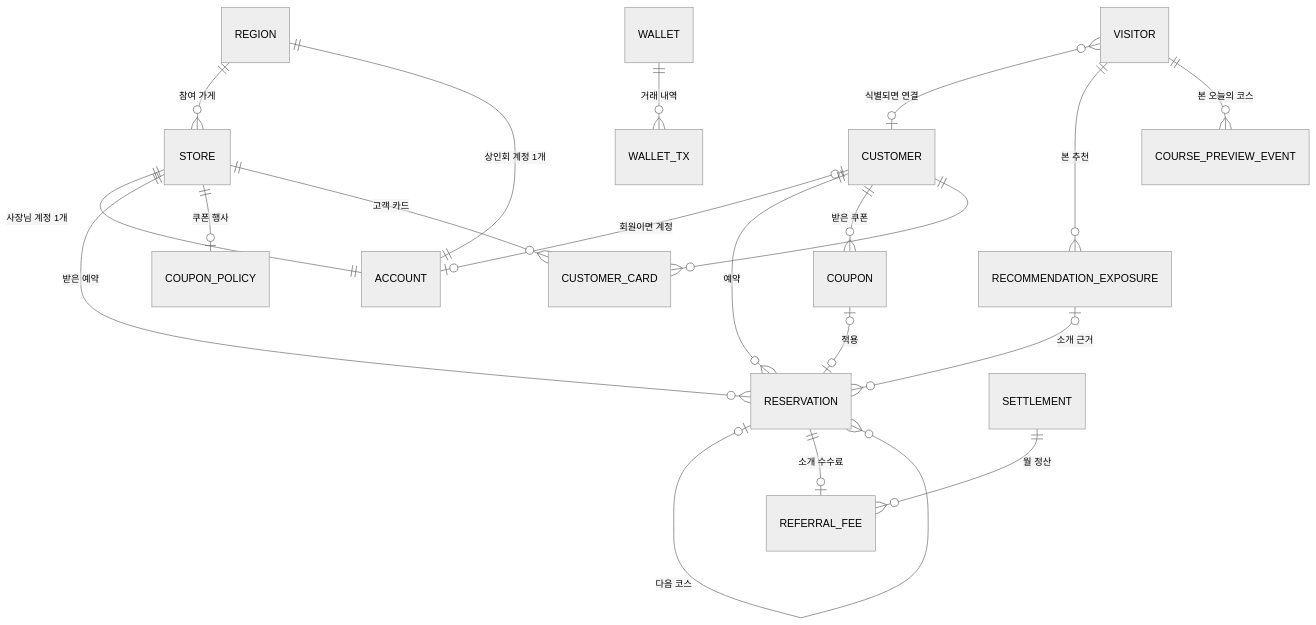
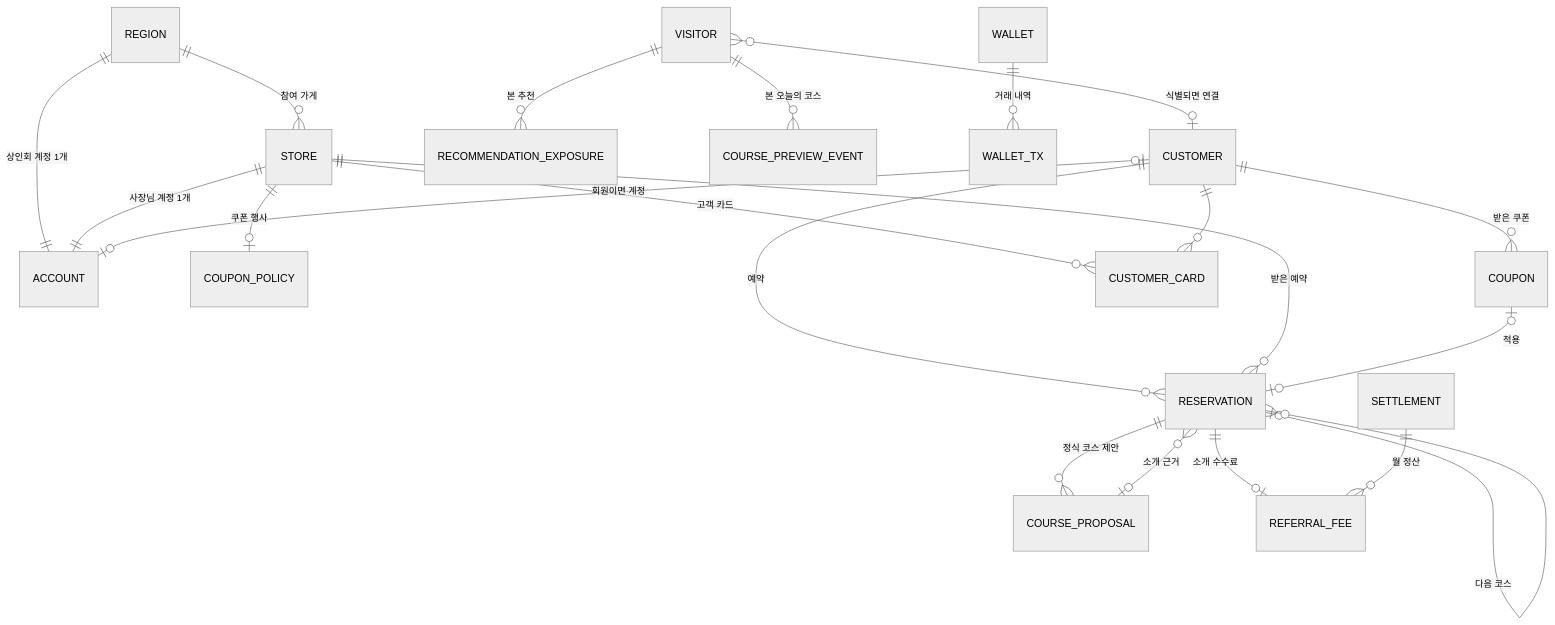
One commit to Leave-421/alley-crm-docs changed the diagram in docs/06-data.md. Above: the diagram before and after it, drawn with Mermaid (neutral theme). The commit also changed other lines of this file and 9 other files, not shown here.

````diff
--- a/docs/06-data.md
+++ b/docs/06-data.md
@@ -8,22 +8,23 @@
 ```mermaid
 erDiagram
     REGION ||--o{ STORE : "참여 가게"
     REGION ||--|| ACCOUNT : "상인회 계정 1개"
     STORE ||--|| ACCOUNT : "사장님 계정 1개"
     CUSTOMER |o--o| ACCOUNT : "회원이면 계정"
     VISITOR }o--o| CUSTOMER : "식별되면 연결"
     CUSTOMER ||--o{ RESERVATION : "예약"
     STORE ||--o{ RESERVATION : "받은 예약"
     RESERVATION |o--o{ RESERVATION : "다음 코스"
     VISITOR ||--o{ RECOMMENDATION_EXPOSURE : "본 추천"
     VISITOR ||--o{ COURSE_PREVIEW_EVENT : "본 오늘의 코스"
-    RECOMMENDATION_EXPOSURE |o--o{ RESERVATION : "소개 근거"
+    RESERVATION ||--o{ COURSE_PROPOSAL : "정식 코스 제안"
+    COURSE_PROPOSAL |o--o{ RESERVATION : "소개 근거"
     STORE ||--o| COUPON_POLICY : "쿠폰 행사"
     CUSTOMER ||--o{ COUPON : "받은 쿠폰"
     COUPON |o--o| RESERVATION : "적용"
     RESERVATION ||--o| REFERRAL_FEE : "소개 수수료"
     SETTLEMENT ||--o{ REFERRAL_FEE : "월 정산"
     STORE ||--o{ CUSTOMER_CARD : "고객 카드"
     CUSTOMER ||--o{ CUSTOMER_CARD : ""
     WALLET ||--o{ WALLET_TX : "거래 내역"
 ```
````
